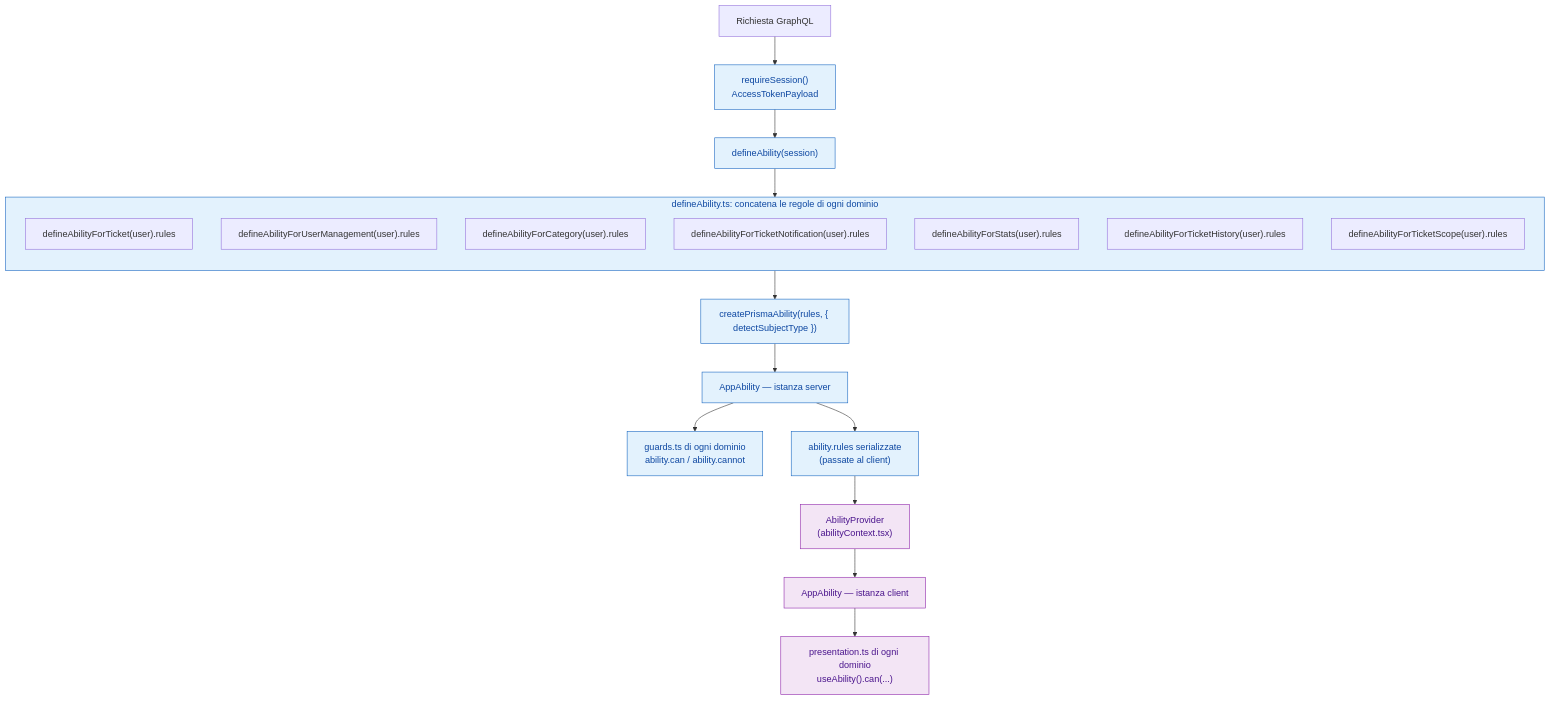
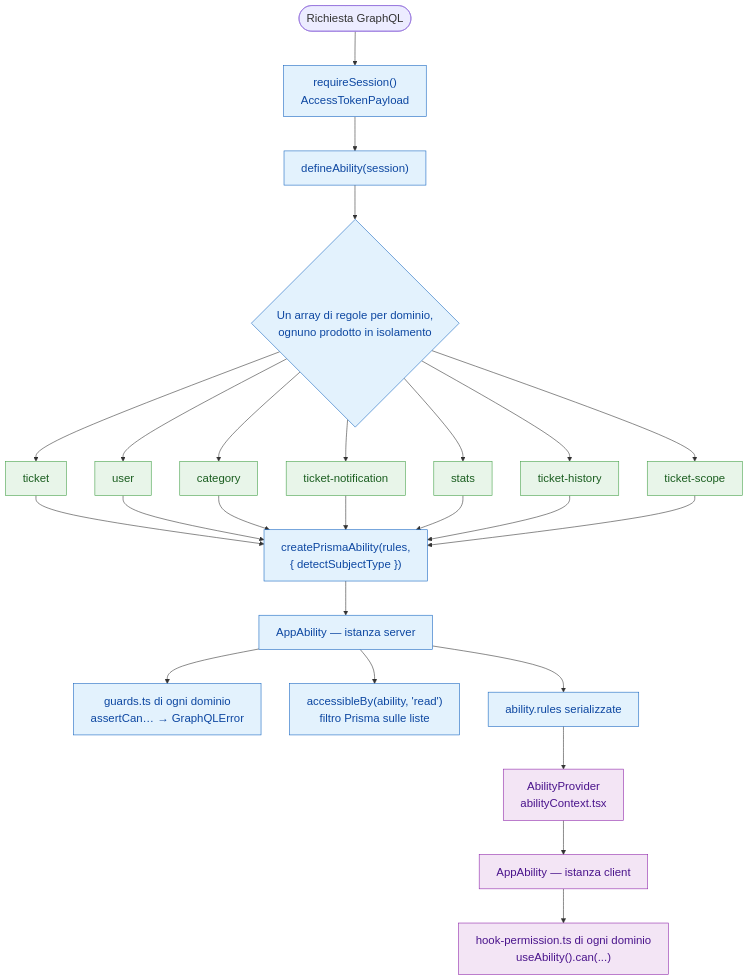
One commit to angelapedicini/helpdesk changed the diagram in docs/architecture/casl.md. Above: the diagram before and after it, drawn with Mermaid.

Commit message:
modifiche documentazione per schema vita2

````diff
--- a/docs/architecture/casl.md
+++ b/docs/architecture/casl.md
@@ -17,29 +17,33 @@
 ```mermaid
+%%{init: {"themeVariables": {"fontSize": "20px"}, "flowchart": {"useMaxWidth": false, "nodeSpacing": 50, "rankSpacing": 60, "wrappingWidth": 320}}}%%
 flowchart TB
-  REQ["Richiesta GraphQL"] --> SESS["requireSession()<br>AccessTokenPayload"]
+  REQ(["Richiesta GraphQL"]) --> SESS["requireSession()<br>AccessTokenPayload"]
   SESS --> DA["defineAbility(session)"]
+  DA --> DOM{"Un array di regole per dominio,<br>ognuno prodotto in isolamento"}
 
-  subgraph COMPOSE["defineAbility.ts: concatena le regole di ogni dominio"]
-    direction TB
-    T["defineAbilityForTicket(user).rules"]
-    U["defineAbilityForUserManagement(user).rules"]
-    C["defineAbilityForCategory(user).rules"]
-    N["defineAbilityForTicketNotification(user).rules"]
-    S["defineAbilityForStats(user).rules"]
-    H["defineAbilityForTicketHistory(user).rules"]
-    SC["defineAbilityForTicketScope(user).rules"]
-  end
+  DOM --> T["ticket"]
+  DOM --> U["user"]
+  DOM --> C["category"]
+  DOM --> N["ticket-notification"]
+  DOM --> S["stats"]
+  DOM --> H["ticket-history"]
+  DOM --> SC["ticket-scope"]
 
-  DA --> COMPOSE --> BUILD["createPrismaAbility(rules, { detectSubjectType })"]
+  T & U & C & N & S & H & SC --> BUILD["createPrismaAbility(rules,<br>{ detectSubjectType })"]
   BUILD --> ABILITY["AppAbility — istanza server"]
-  ABILITY --> GUARDS["guards.ts di ogni dominio<br>ability.can / ability.cannot"]
-  ABILITY --> SER["ability.rules serializzate<br>(passate al client)"]
-  SER --> PROVIDER["AbilityProvider<br>(abilityContext.tsx)"]
+
+  ABILITY --> G["guards.ts di ogni dominio<br>assertCan… → GraphQLError"]
+  ABILITY --> LIST["accessibleBy(ability, 'read')<br>filtro Prisma sulle liste"]
+  ABILITY --> SER["ability.rules serializzate"]
+
+  SER --> PROVIDER["AbilityProvider<br>abilityContext.tsx"]
   PROVIDER --> CLIENT_ABILITY["AppAbility — istanza client"]
-  CLIENT_ABILITY --> HOOKS["presentation.ts di ogni dominio<br>useAbility().can(...)"]
+  CLIENT_ABILITY --> HOOKS["hook-permission.ts di ogni dominio<br>useAbility().can(...)"]
 
+  classDef dominio fill:#e8f5e9,stroke:#43a047,color:#1b5e20
   classDef server fill:#e3f2fd,stroke:#1565c0,color:#0d47a1
   classDef client fill:#f3e5f5,stroke:#8e24aa,color:#4a148c
-  class SESS,DA,COMPOSE,BUILD,ABILITY,GUARDS,SER server
+  class T,U,C,N,S,H,SC dominio
+  class SESS,DA,DOM,BUILD,ABILITY,G,LIST,SER server
   class PROVIDER,CLIENT_ABILITY,HOOKS client
 ```
````
